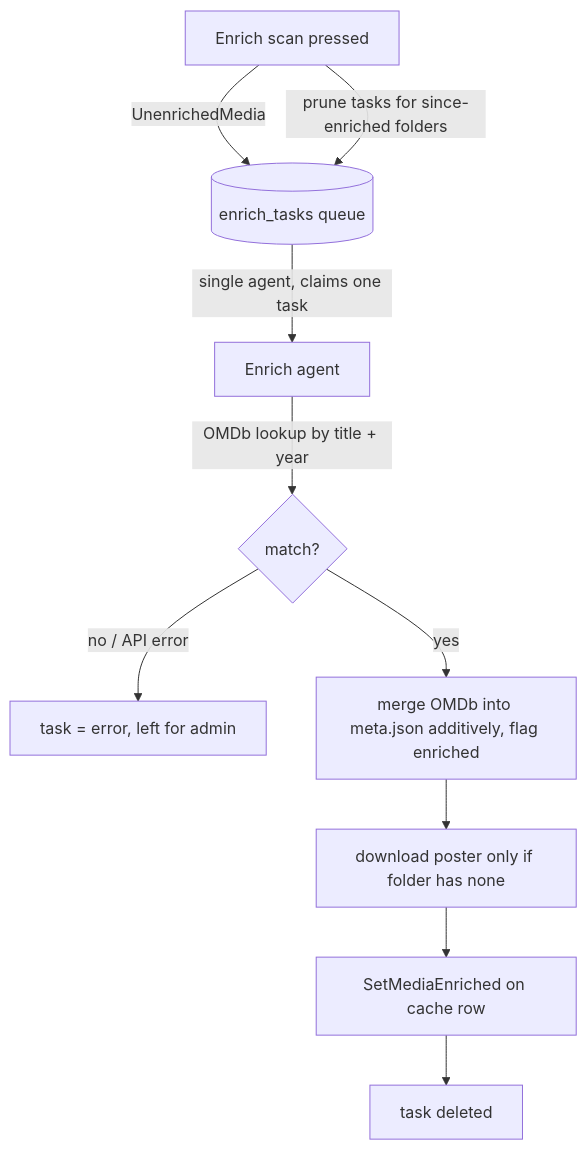
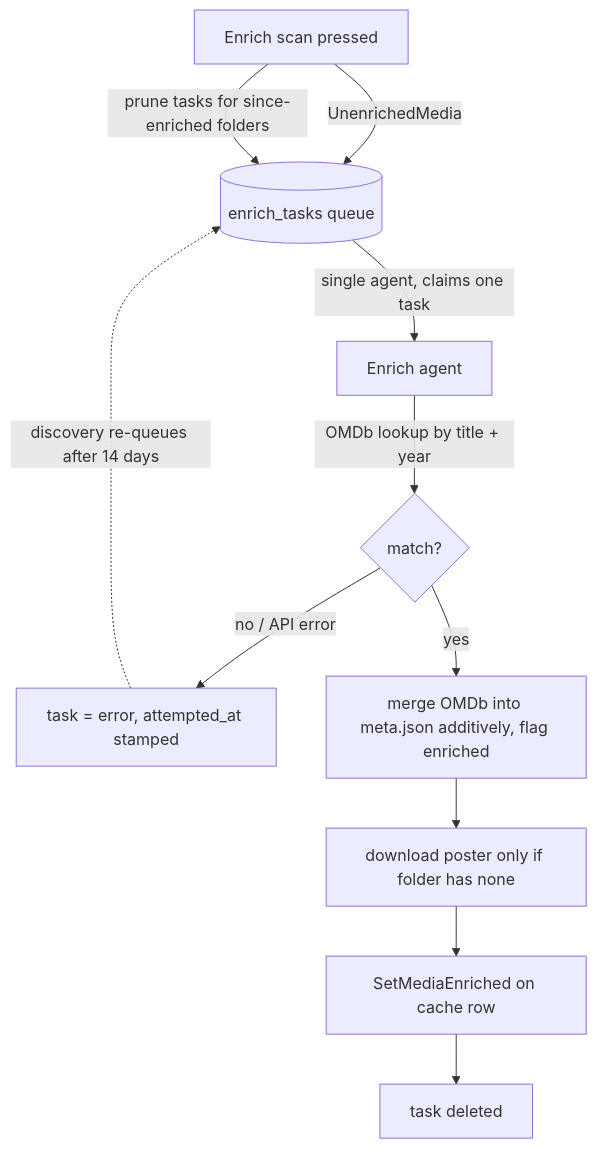
The diagram in docs/agents/enricher.md (xuedi/FileFin), drawn with Mermaid before and after one commit. The commit also changed other lines of this file and 10 other files, not shown here.

````diff
--- a/docs/agents/enricher.md
+++ b/docs/agents/enricher.md
@@ -21,12 +21,13 @@
 ```mermaid
 flowchart TD
     SCAN[Enrich scan pressed] -->|UnenrichedMedia| Q[(enrich_tasks queue)]
     SCAN -->|prune tasks for since-enriched folders| Q
     Q -->|single agent, claims one task| A[Enrich agent]
     A -->|OMDb lookup by title + year| O{match?}
-    O -->|no / API error| ERR[task = error, left for admin]
+    O -->|no / API error| ERR[task = error, attempted_at stamped]
+    ERR -.->|discovery re-queues after 14 days| Q
     O -->|yes| W[merge OMDb into meta.json additively, flag enriched]
     W --> P[download poster only if folder has none]
     P --> M[SetMediaEnriched on cache row]
     M --> DONE[task deleted]
 ```
````
